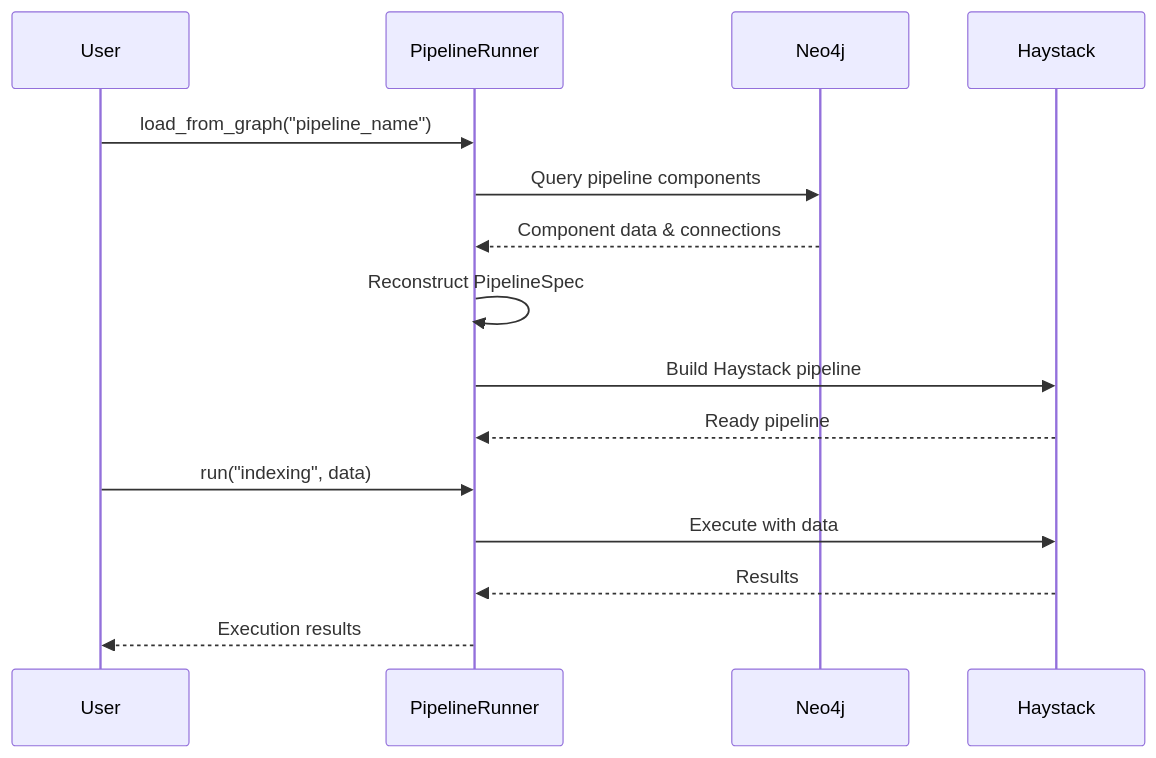
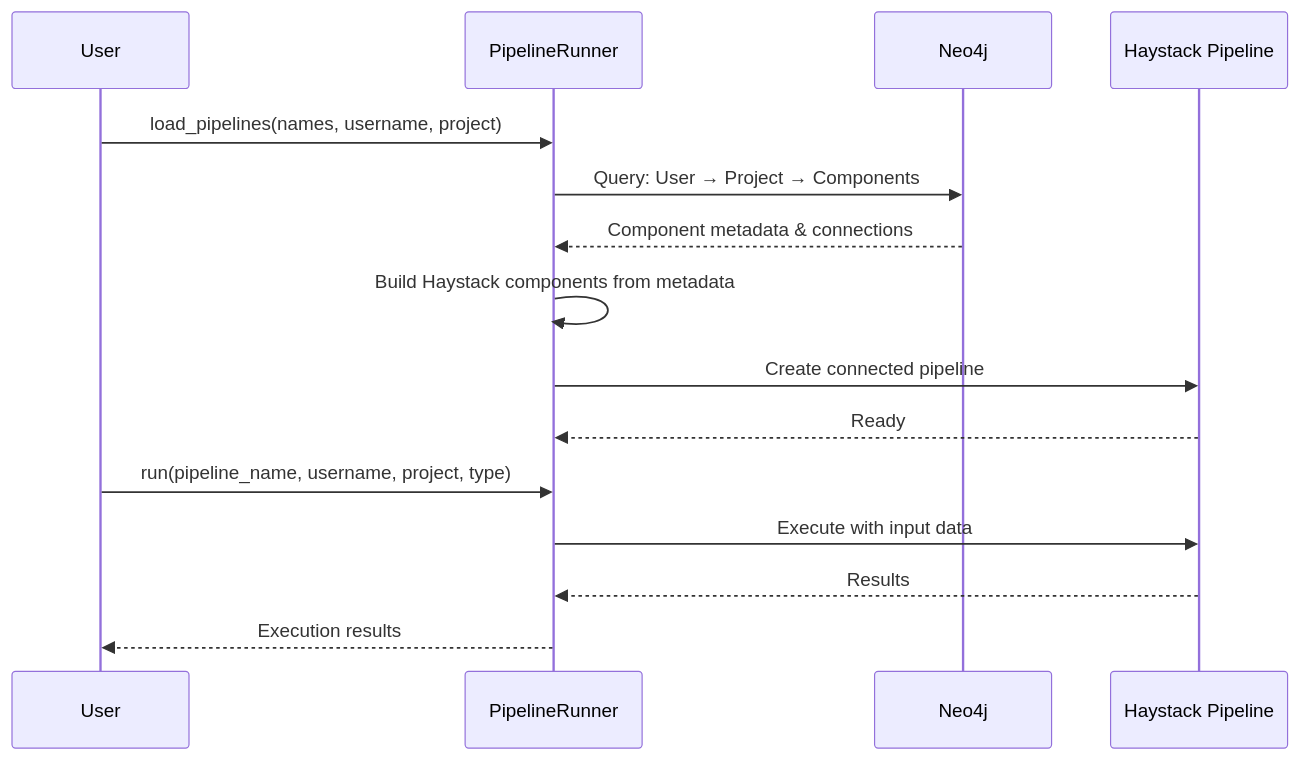
One commit to arkhai-io/agentic-rag-green changed the third of 3 diagrams in agentic_rag/pipeline/README.md. Above: the diagram before and after it, drawn with Mermaid. The commit also changed other lines of this file and 2 other files, not shown here.

Commit message:
- Update READMEs with project hierarchy documentation

````diff
--- a/agentic_rag/pipeline/README.md
+++ b/agentic_rag/pipeline/README.md
@@ -131,19 +124,19 @@
 ```mermaid
 sequenceDiagram
     participant U as User
     participant R as PipelineRunner
     participant N as Neo4j
-    participant H as Haystack
+    participant H as Haystack Pipeline
 
-    U->>R: load_from_graph("pipeline_name")
-    R->>N: Query pipeline components
-    N-->>R: Component data & connections
-    R->>R: Reconstruct PipelineSpec
-    R->>H: Build Haystack pipeline
-    H-->>R: Ready pipeline
+    U->>R: load_pipelines(names, username, project)
+    R->>N: Query: User → Project → Components
+    N-->>R: Component metadata & connections
+    R->>R: Build Haystack components from metadata
+    R->>H: Create connected pipeline
+    H-->>R: Ready
 
-    U->>R: run("indexing", data)
-    R->>H: Execute with data
+    U->>R: run(pipeline_name, username, project, type)
+    R->>H: Execute with input data
     H-->>R: Results
     R-->>U: Execution results
 ```
````
